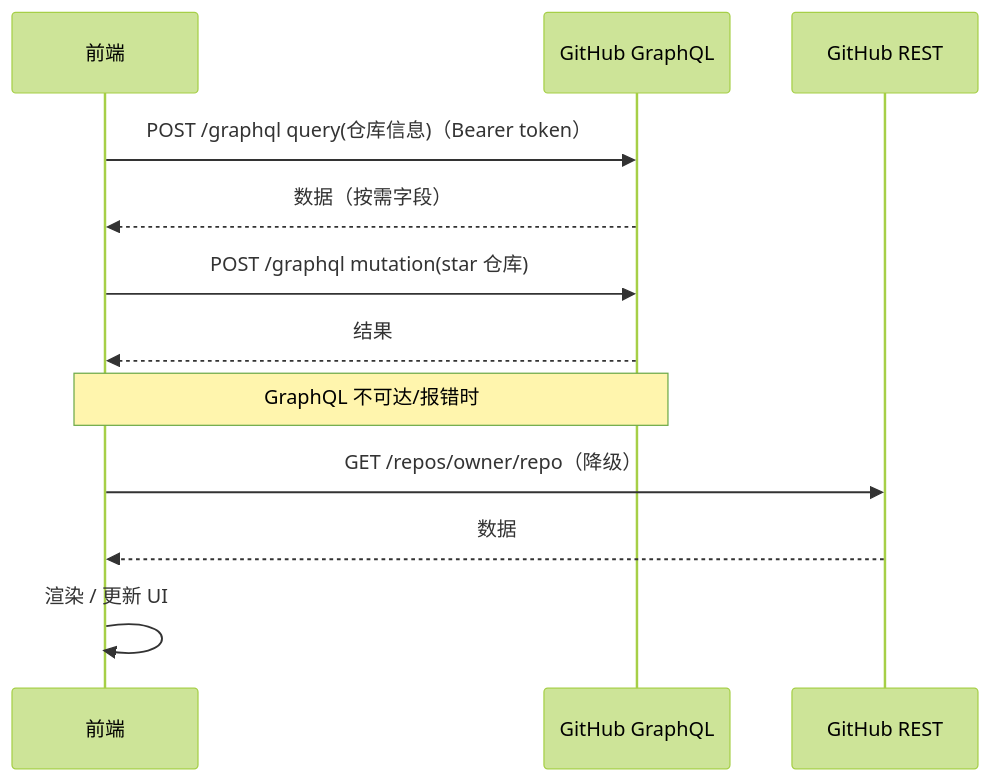
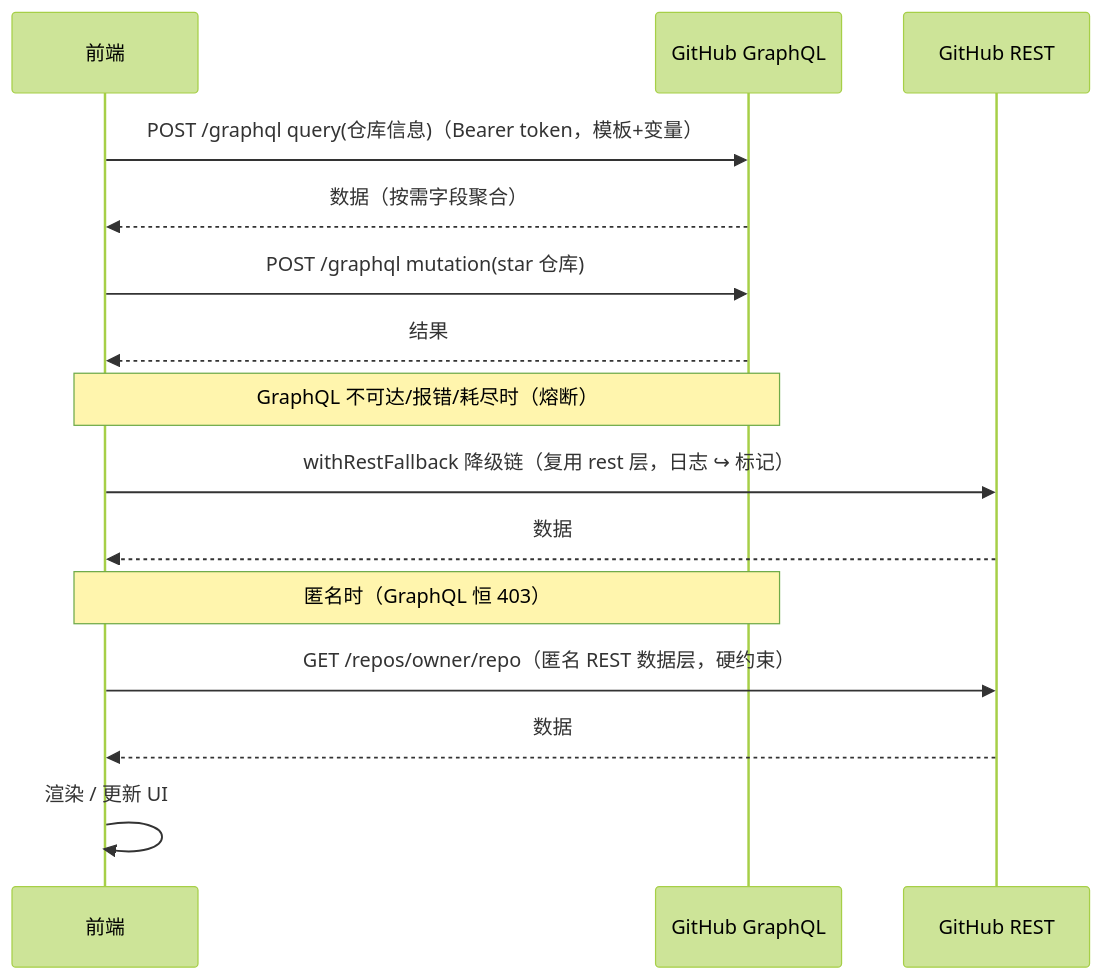
The fourth of 5 diagrams in docs/architecture.md (evil7/pureGit), drawn with Mermaid (forest theme) before and after one commit. The commit also changed other lines of this file and 15 other files, not shown here.

First line of the commit message:
feat(api): GraphQL 唯一主通道 + withRestFallback 熔断降级 + 统一日志

````diff
--- a/docs/architecture.md
+++ b/docs/architecture.md
@@ -205,14 +232,17 @@
 ```mermaid
 sequenceDiagram
     participant B as 前端
     participant G as GitHub GraphQL
     participant R as GitHub REST
-    B->>G: POST /graphql query(仓库信息)（Bearer token）
-    G-->>B: 数据（按需字段）
+    B->>G: POST /graphql query(仓库信息)（Bearer token，模板+变量）
+    G-->>B: 数据（按需字段聚合）
     B->>G: POST /graphql mutation(star 仓库)
     G-->>B: 结果
-    Note over B,G: GraphQL 不可达/报错时
-    B->>R: GET /repos/owner/repo（降级）
+    Note over B,G: GraphQL 不可达/报错/耗尽时（熔断）
+    B->>R: withRestFallback 降级链（复用 rest 层，日志 ↪ 标记）
+    R-->>B: 数据
+    Note over B,G: 匿名时（GraphQL 恒 403）
+    B->>R: GET /repos/owner/repo（匿名 REST 数据层，硬约束）
     R-->>B: 数据
     B->>B: 渲染 / 更新 UI
 ```
````
